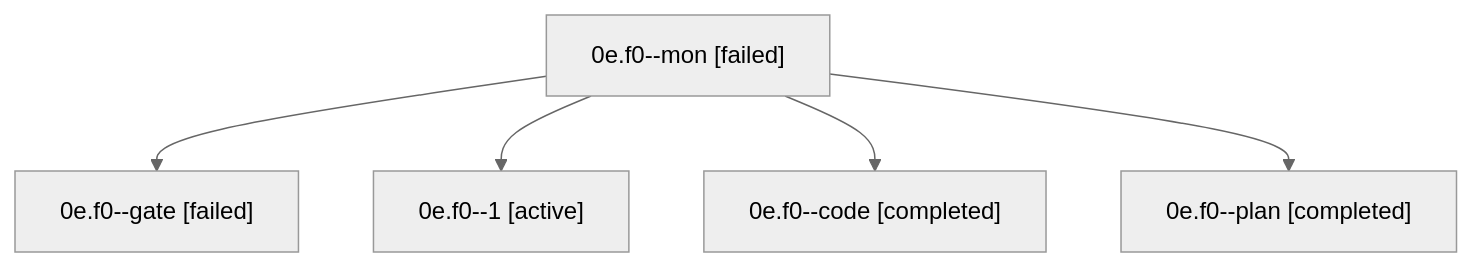
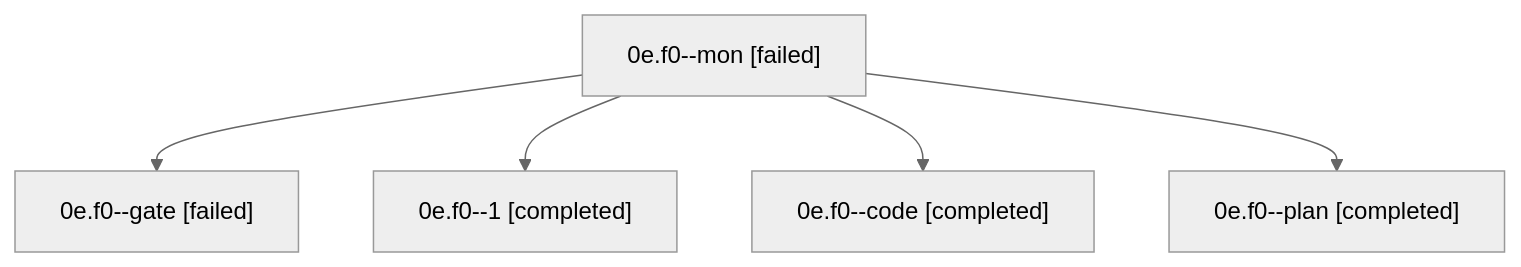
One commit to sase-org/sase--agents changed the diagram in families/bbugyi200.apollo.0e.f0.md. Above: the diagram before and after it, drawn with Mermaid (neutral theme). The commit also changed other lines of this file and 75 other files, not shown here.

````diff
--- a/families/bbugyi200.apollo.0e.f0.md
+++ b/families/bbugyi200.apollo.0e.f0.md
@@ -9,12 +9,12 @@
 ```mermaid
 flowchart TD
   n0["0e.f0--mon [failed]"]
   n1["0e.f0--gate [failed]"]
   n0 --> n1
-  n2["0e.f0--1 [active]"]
+  n2["0e.f0--1 [completed]"]
   n0 --> n2
   n3["0e.f0--code [completed]"]
   n0 --> n3
   n4["0e.f0--plan [completed]"]
   n0 --> n4
 ```
````
